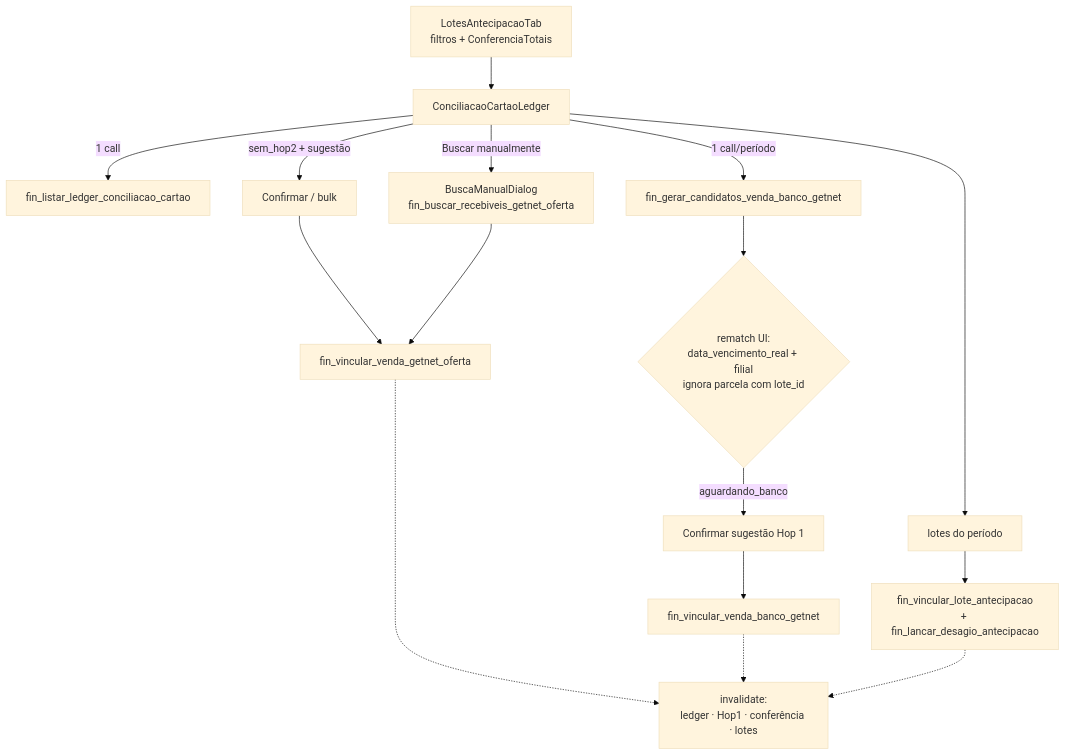
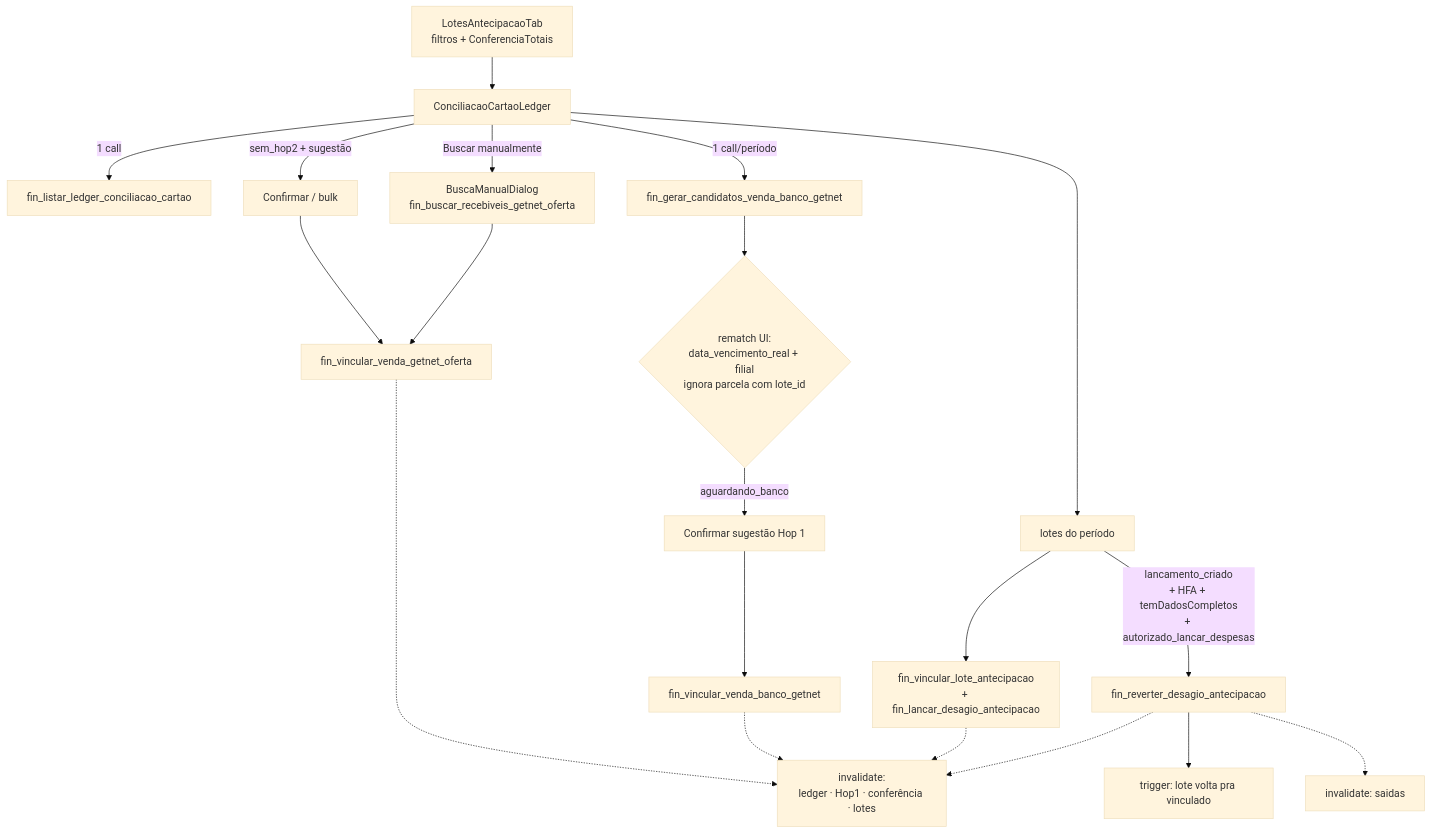
Before and after one commit to adrianoapc/igreja-carvalho: diagram 25 of 41 in docs/diagramas/fluxo-financeiro.md, drawn with Mermaid (base theme). The commit also changed other lines of this file and 17 other files, not shown here.

````diff
--- a/docs/diagramas/fluxo-financeiro.md
+++ b/docs/diagramas/fluxo-financeiro.md
@@ -886,18 +886,22 @@
 ```mermaid
 flowchart TD
     TAB["LotesAntecipacaoTab\nfiltros + ConferenciaTotais"] --> LEDGER["ConciliacaoCartaoLedger"]
     LEDGER -->|"1 call"| LRPC["fin_listar_ledger_conciliacao_cartao"]
     LEDGER -->|"1 call/período"| H1["fin_gerar_candidatos_venda_banco_getnet"]
     H1 --> MATCH{"rematch UI:\ndata_vencimento_real + filial\nignora parcela com lote_id"}
     MATCH -->|"aguardando_banco"| BTN1["Confirmar sugestão Hop 1"]
     LEDGER -->|"sem_hop2 + sugestão"| BTN2["Confirmar / bulk"]
     LEDGER -->|"Buscar manualmente"| BUSCA["BuscaManualDialog\nfin_buscar_recebiveis_getnet_oferta"]
     BTN2 --> W2["fin_vincular_venda_getnet_oferta"]
     BUSCA --> W2
     BTN1 --> W1["fin_vincular_venda_banco_getnet"]
     LEDGER --> LOTES["lotes do período"]
     LOTES --> W3["fin_vincular_lote_antecipacao\n+ fin_lancar_desagio_antecipacao"]
+    LOTES -->|"lancamento_criado\n+ HFA + temDadosCompletos\n+ autorizado_lancar_despesas"| W4["fin_reverter_desagio_antecipacao"]
+    W4 --> TRG["trigger: lote volta pra vinculado"]
     W2 -.-> INV["invalidate:\nledger · Hop1 · conferência · lotes"]
     W1 -.-> INV
     W3 -.-> INV
+    W4 -.-> INV
+    W4 -.-> SAIDAS["invalidate: saidas"]
 ```
````
